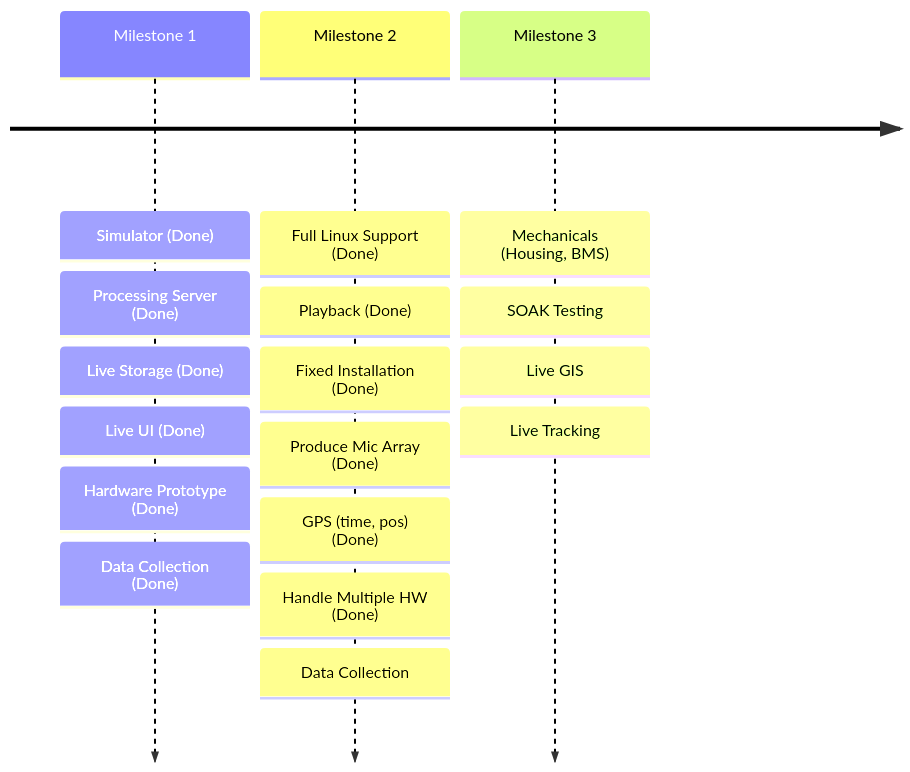
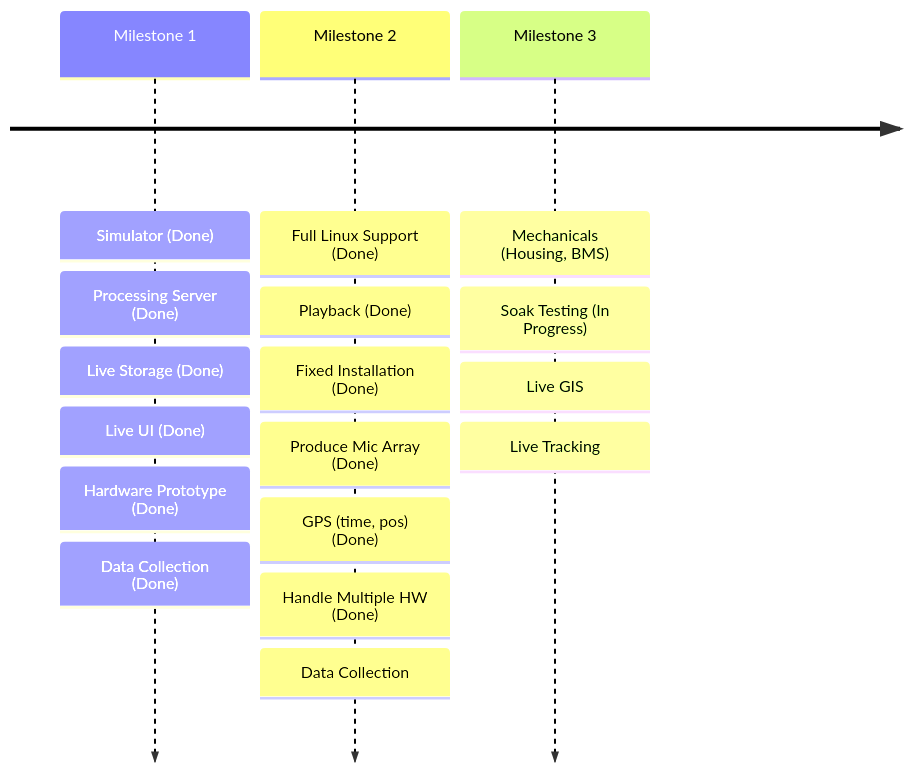
Before and after one commit to Sense-Scape/.github: the second of 2 diagrams in profile/README.md, drawn with Mermaid. The commit also changed other lines of this file, not shown here.

````diff
--- a/profile/README.md
+++ b/profile/README.md
@@ -44,8 +50,8 @@
 ``` mermaid
 
 timeline
     Milestone 1 : Simulator (Done) : Processing Server (Done) : Live Storage (Done) : Live UI (Done) : Hardware Prototype (Done) : Data Collection (Done)
     Milestone 2 : Full Linux Support (Done) : Playback (Done) : Fixed Installation (Done) : Produce Mic Array (Done)  : GPS (time, pos) (Done) : Handle Multiple HW (Done): Data Collection
-    Milestone 3 : Mechanicals (Housing, BMS) : SOAK Testing : Live GIS : Live Tracking
+    Milestone 3 : Mechanicals (Housing, BMS) : Soak Testing (In Progress) : Live GIS : Live Tracking
 
 ```
````
